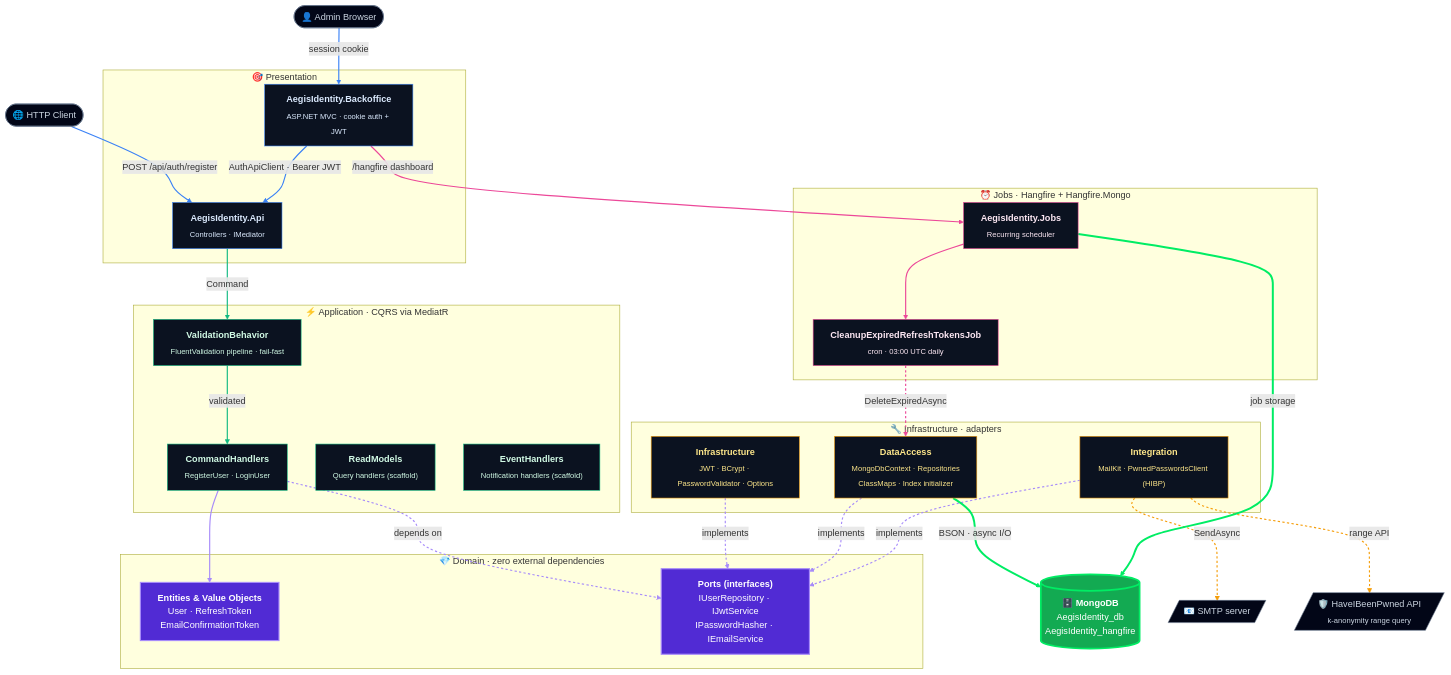
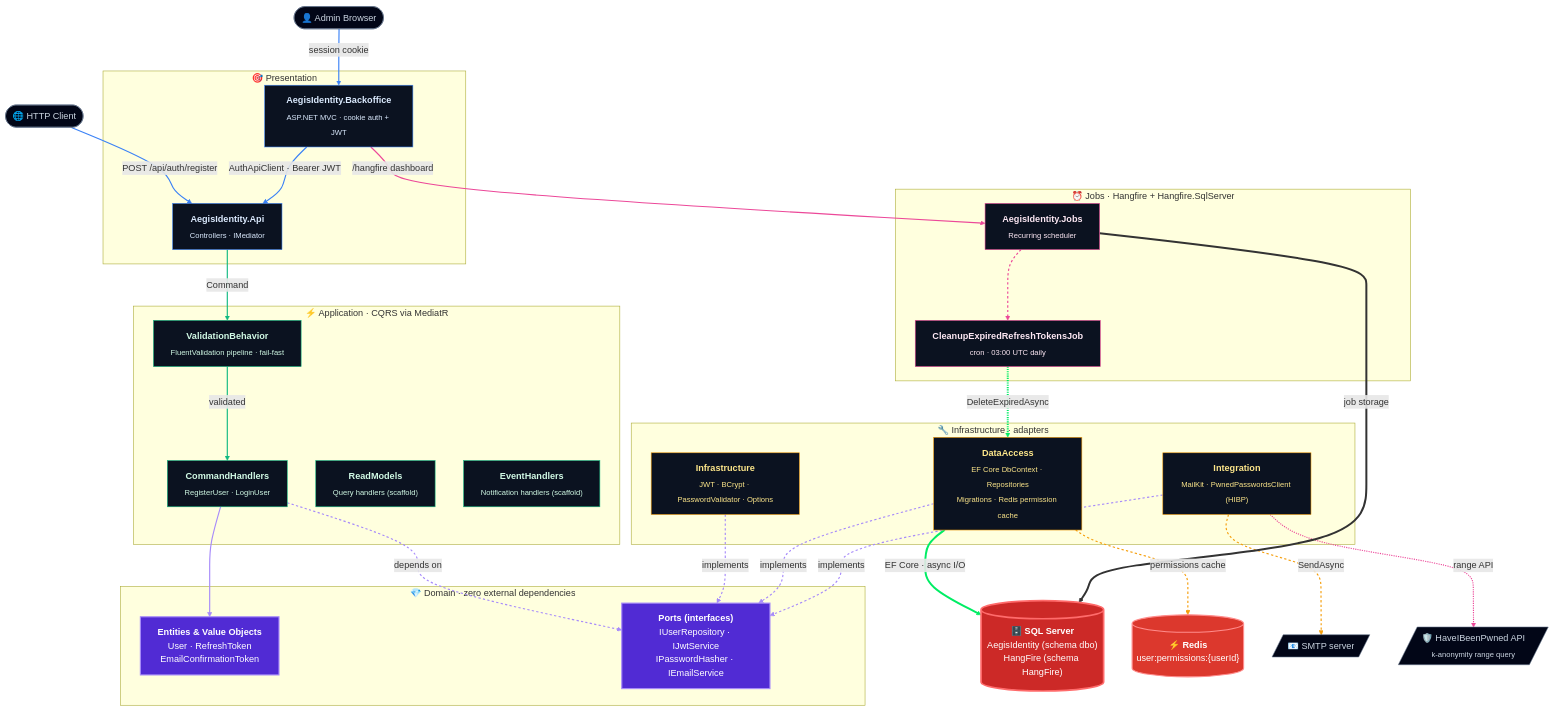
Before and after one commit to KauaVilasBoas/Lumen: the diagram in README.md, drawn with Mermaid. The commit also changed other lines of this file and 1 other file, not shown here.

First line of the commit message:
docs(authz): add authorization model reference and update README for SQL Server + Redis

```diff
--- a/README.md
+++ b/README.md
@@ -58,16 +60,17 @@
 
     subgraph INFRA["🔧 Infrastructure · adapters"]
         SEC["<b>Infrastructure</b><br/><sub>JWT · BCrypt · PasswordValidator · Options</sub>"]
-        DAL["<b>DataAccess</b><br/><sub>MongoDbContext · Repositories<br/>ClassMaps · Index initializer</sub>"]
+        DAL["<b>DataAccess</b><br/><sub>EF Core DbContext · Repositories<br/>Migrations · Redis permission cache</sub>"]
         INT["<b>Integration</b><br/><sub>MailKit · PwnedPasswordsClient (HIBP)</sub>"]
     end
 
-    subgraph JOB["⏰ Jobs · Hangfire + Hangfire.Mongo"]
+    subgraph JOB["⏰ Jobs · Hangfire + Hangfire.SqlServer"]
         HF["<b>AegisIdentity.Jobs</b><br/><sub>Recurring scheduler</sub>"]
         CLEAN["<b>CleanupExpiredRefreshTokensJob</b><br/><sub>cron · 03:00 UTC daily</sub>"]
     end
 
-    DB[("🗄️ <b>MongoDB</b><br/>AegisIdentity_db<br/>AegisIdentity_hangfire")]
+    DB[("🗄️ <b>SQL Server</b><br/>AegisIdentity (schema dbo)<br/>HangFire (schema HangFire)")]
+    CACHE[("⚡ <b>Redis</b><br/>user:permissions:{userId}")]
     SMTP[/"📧 SMTP server"/]
     HIBP[/"🛡️ HaveIBeenPwned API<br/><sub>k-anonymity range query</sub>"/]
 
@@ -85,7 +88,8 @@
     DAL -. "implements" .-> PORT
     INT -. "implements" .-> PORT
 
-    DAL ==> |"BSON · async I/O"| DB
+    DAL ==> |"EF Core · async I/O"| DB
+    DAL ==> |"permissions cache"| CACHE
     INT -. "SendAsync" .-> SMTP
     INT -. "range API" .-> HIBP
 
@@ -99,7 +103,8 @@
     classDef infra      fill:#0b1220,stroke:#f59e0b,color:#fde68a
     classDef jobs       fill:#0b1220,stroke:#ec4899,color:#fce7f3
     classDef external   fill:#020617,stroke:#64748b,color:#cbd5e1
-    classDef db         fill:#13aa52,stroke:#00ed64,color:#ffffff,stroke-width:3px
+    classDef db         fill:#CC2927,stroke:#ff6b6b,color:#ffffff,stroke-width:3px
+    classDef cache      fill:#DC382D,stroke:#ff8c8c,color:#ffffff,stroke-width:2px
 
     class ENT,PORT domain
     class API,BO pres
@@ -108,6 +113,7 @@
     class HF,CLEAN jobs
     class CLIENT,BROWSER,SMTP,HIBP external
     class DB db
+    class CACHE cache
 
     linkStyle 0  stroke:#3b82f6,stroke-width:2px
     linkStyle 1  stroke:#3b82f6,stroke-width:2px
```
